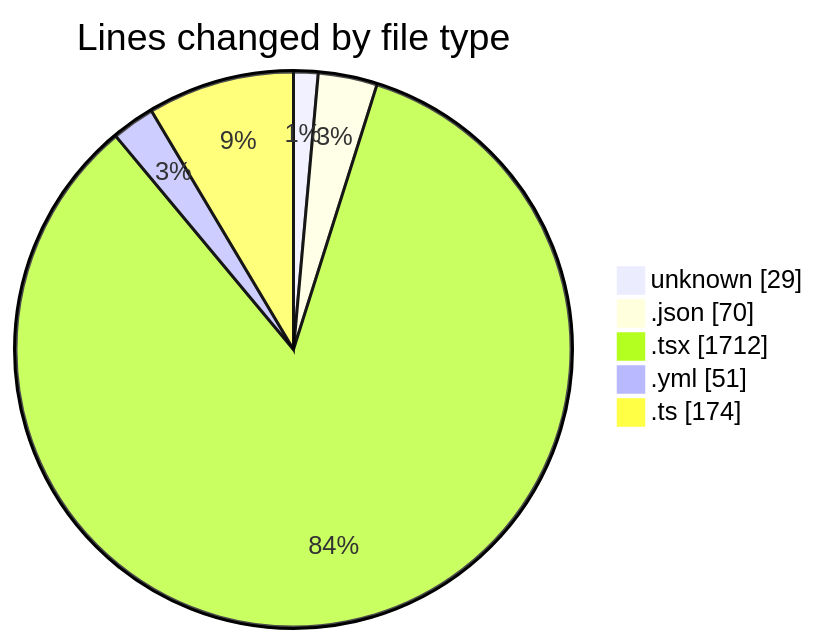
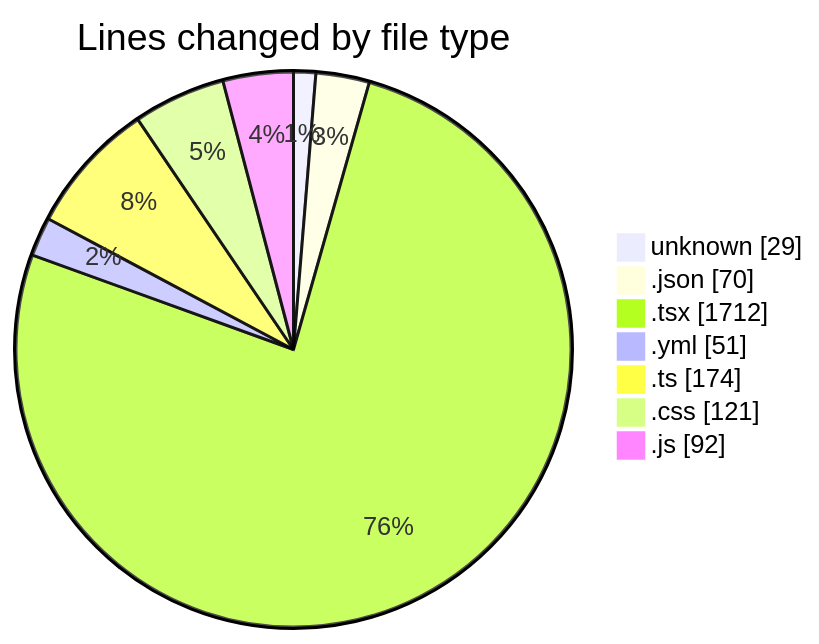
Before and after one commit to robertbonfada/code-tracking: the first of 2 diagrams in 2025-01-14/mbc-web/README.md, drawn with Mermaid. The commit also changed other lines of this file and 1 other file, not shown here.

````diff
--- a/2025-01-14/mbc-web/README.md
+++ b/2025-01-14/mbc-web/README.md
@@ -39,9 +41,11 @@
 ```mermaid
 pie showData
 title Lines changed by file type
 "unknown" : 29
 ".json" : 70
 ".tsx" : 1712
 ".yml" : 51
 ".ts" : 174
+".css" : 121
+".js" : 92
 ```
````
